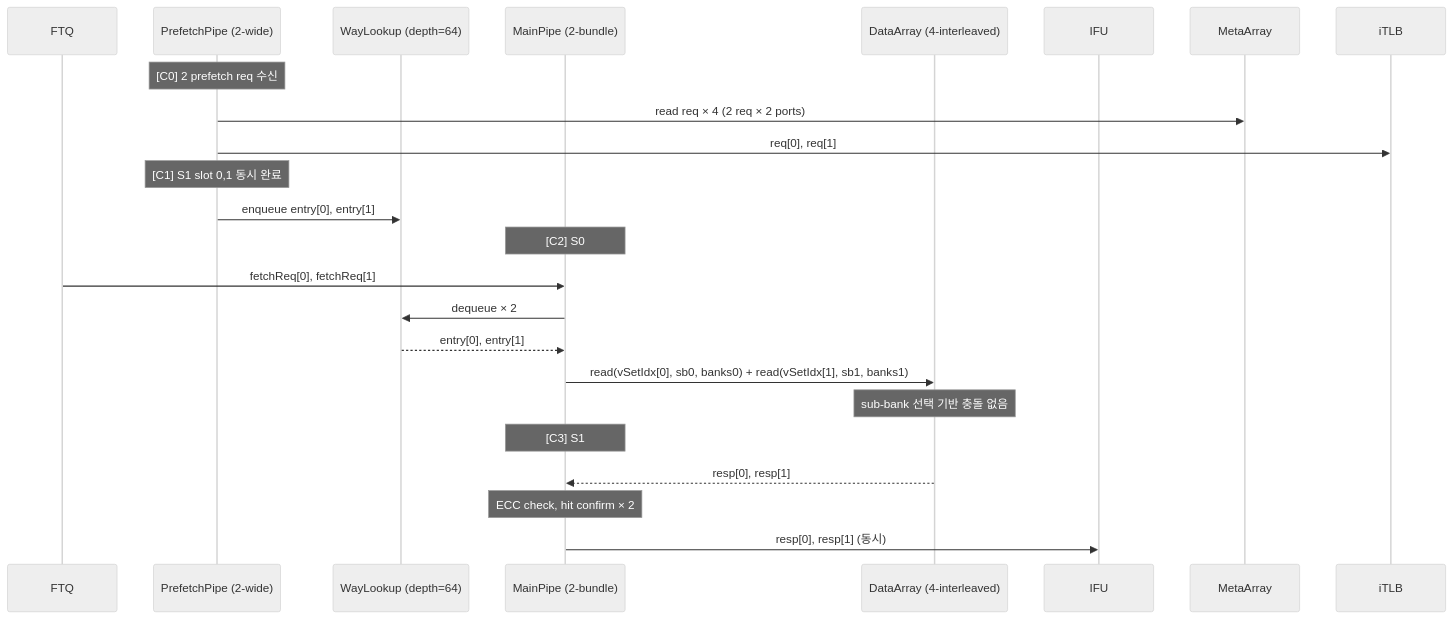
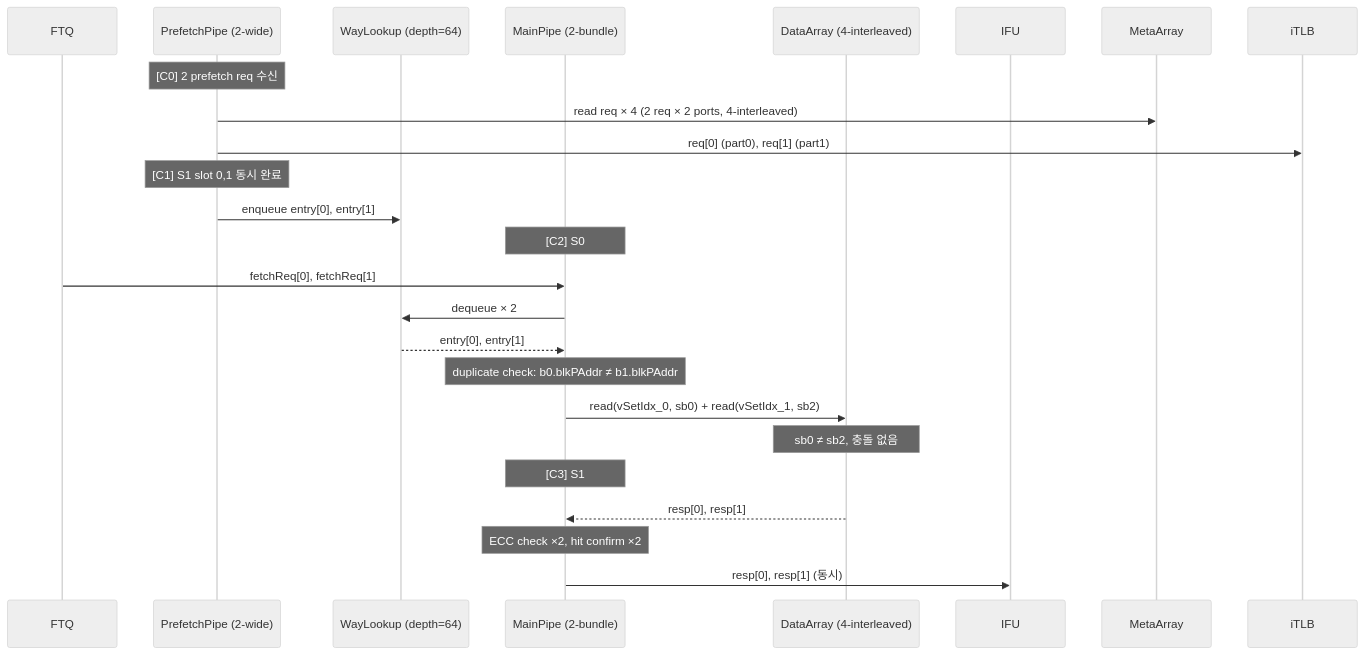
One commit to cinkeun/CPU_XS_02172026 changed the first of 4 diagrams in src/main/scala/xiangshan/frontend/doc/2fetch_icache_uarch.md. Above: the diagram before and after it, drawn with Mermaid (neutral theme). The commit also changed other lines of this file, not shown here.

````diff
--- a/src/main/scala/xiangshan/frontend/doc/2fetch_icache_uarch.md
+++ b/src/main/scala/xiangshan/frontend/doc/2fetch_icache_uarch.md
@@ -560,28 +975,29 @@
 ```mermaid
 sequenceDiagram
     participant FTQ
     participant PP as PrefetchPipe (2-wide)
     participant WL as WayLookup (depth=64)
     participant MP as MainPipe (2-bundle)
     participant Data as DataArray (4-interleaved)
     participant IFU
 
     Note over PP: [C0] 2 prefetch req 수신
-    PP ->> MetaArray: read req × 4 (2 req × 2 ports)
-    PP ->> iTLB: req[0], req[1]
+    PP ->> MetaArray: read req × 4 (2 req × 2 ports, 4-interleaved)
+    PP ->> iTLB: req[0] (part0), req[1] (part1)
 
     Note over PP: [C1] S1 slot 0,1 동시 완료
     PP ->> WL: enqueue entry[0], entry[1]
 
     Note over MP: [C2] S0
     FTQ ->> MP: fetchReq[0], fetchReq[1]
     MP ->> WL: dequeue × 2
     WL -->> MP: entry[0], entry[1]
-    MP ->> Data: read(vSetIdx[0], sb0, banks0) + read(vSetIdx[1], sb1, banks1)
-    Note over Data: sub-bank 선택 기반 충돌 없음
+    Note over MP: duplicate check: b0.blkPAddr ≠ b1.blkPAddr
+    MP ->> Data: read(vSetIdx_0, sb0) + read(vSetIdx_1, sb2)
+    Note over Data: sb0 ≠ sb2, 충돌 없음
 
     Note over MP: [C3] S1
     Data -->> MP: resp[0], resp[1]
-    Note over MP: ECC check, hit confirm × 2
+    Note over MP: ECC check ×2, hit confirm ×2
     MP ->> IFU: resp[0], resp[1] (동시)
 ```
````
